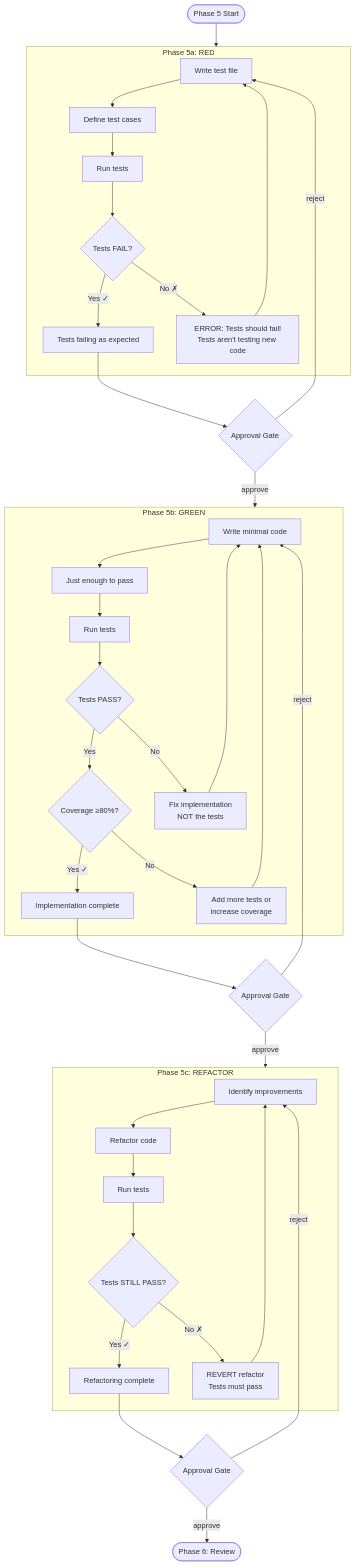
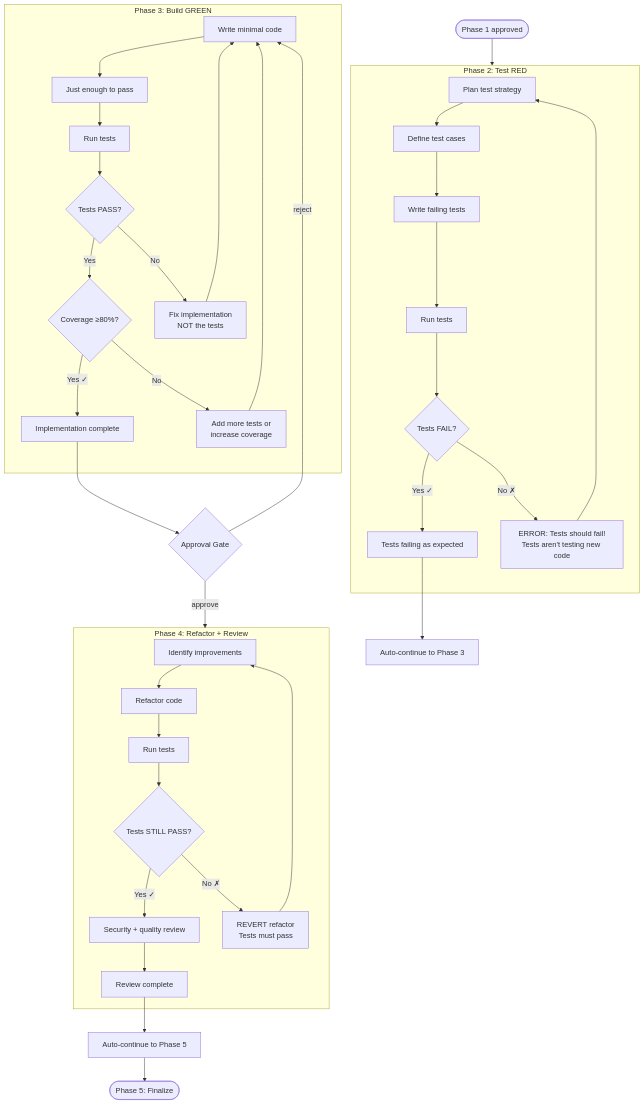
One commit to nguyenthienthanh/aura-frog changed the fifth of 20 diagrams in aura-frog/docs/WORKFLOW_DIAGRAMS.md. Above: the diagram before and after it, drawn with Mermaid. The commit also changed other lines of this file and 123 other files, not shown here.

````diff
--- a/aura-frog/docs/WORKFLOW_DIAGRAMS.md
+++ b/aura-frog/docs/WORKFLOW_DIAGRAMS.md
@@ -287,46 +241,45 @@
 ```mermaid
 flowchart TD
-    START([Phase 5 Start]) --> P5A
+    START([Phase 1 approved]) --> P2
 
-    subgraph P5A [Phase 5a: RED]
-        A1[Write test file] --> A2[Define test cases]
-        A2 --> A3[Run tests]
-        A3 --> A4{Tests FAIL?}
-        A4 -->|Yes ✓| A5[Tests failing as expected]
-        A4 -->|No ✗| A6[ERROR: Tests should fail!<br/>Tests aren't testing new code]
-        A6 --> A1
+    subgraph P2 [Phase 2: Test RED]
+        A1[Plan test strategy] --> A2[Define test cases]
+        A2 --> A3[Write failing tests]
+        A3 --> A4[Run tests]
+        A4 --> A5{Tests FAIL?}
+        A5 -->|Yes ✓| A6[Tests failing as expected]
+        A5 -->|No ✗| A7[ERROR: Tests should fail!<br/>Tests aren't testing new code]
+        A7 --> A1
     end
 
-    A5 --> GATE1{Approval Gate}
-    GATE1 -->|approve| P5B
-    GATE1 -->|reject| A1
+    A6 --> AUTO1[Auto-continue to Phase 3]
 
-    subgraph P5B [Phase 5b: GREEN]
+    subgraph P3 [Phase 3: Build GREEN]
         B1[Write minimal code] --> B2[Just enough to pass]
         B2 --> B3[Run tests]
         B3 --> B4{Tests PASS?}
         B4 -->|Yes| B5{Coverage ≥80%?}
         B4 -->|No| B6[Fix implementation<br/>NOT the tests]
         B6 --> B1
         B5 -->|Yes ✓| B7[Implementation complete]
         B5 -->|No| B8[Add more tests or<br/>increase coverage]
         B8 --> B1
     end
 
-    B7 --> GATE2{Approval Gate}
-    GATE2 -->|approve| P5C
-    GATE2 -->|reject| B1
+    B7 --> GATE{Approval Gate}
+    GATE -->|approve| P4
+    GATE -->|reject| B1
 
-    subgraph P5C [Phase 5c: REFACTOR]
+    subgraph P4 [Phase 4: Refactor + Review]
         C1[Identify improvements] --> C2[Refactor code]
         C2 --> C3[Run tests]
         C3 --> C4{Tests STILL PASS?}
-        C4 -->|Yes ✓| C5[Refactoring complete]
+        C4 -->|Yes ✓| C5[Security + quality review]
         C4 -->|No ✗| C6[REVERT refactor<br/>Tests must pass]
         C6 --> C1
+        C5 --> C7[Review complete]
     end
 
-    C5 --> GATE3{Approval Gate}
-    GATE3 -->|approve| DONE([Phase 6: Review])
-    GATE3 -->|reject| C1
+    C7 --> AUTO2[Auto-continue to Phase 5]
+    AUTO2 --> DONE([Phase 5: Finalize])
 ```
````
